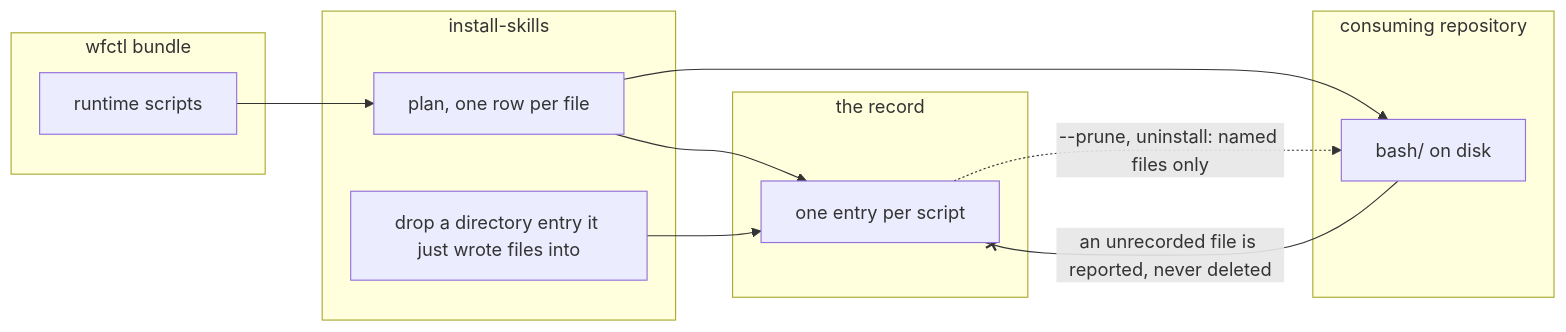
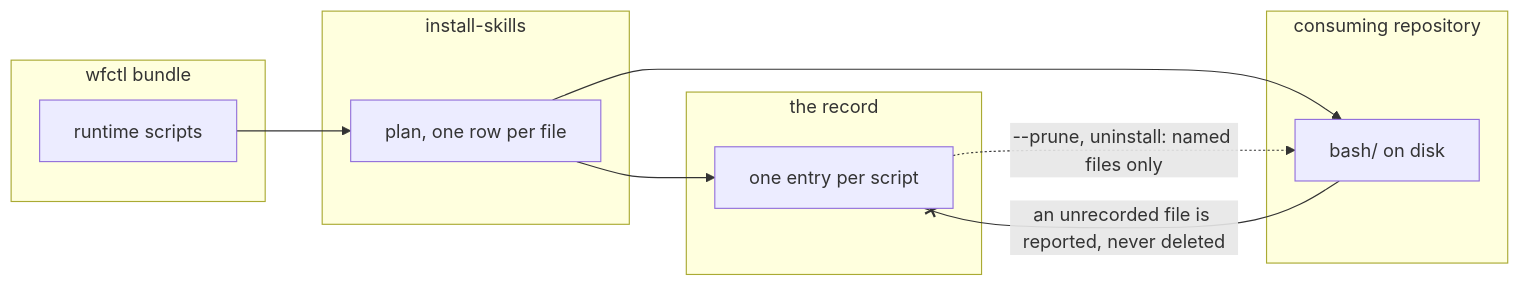
One commit to aamarin/wfctl changed the diagram in docs/architecture/deletion-follows-recorded-files.md. Above: the diagram before and after it, drawn with Mermaid. The commit also changed other lines of this file, not shown here.

````diff
--- a/docs/architecture/deletion-follows-recorded-files.md
+++ b/docs/architecture/deletion-follows-recorded-files.md
@@ -63,23 +63,21 @@
 ```mermaid
 flowchart LR
     subgraph bundle["wfctl bundle"]
         scripts["runtime scripts"]
     end
     subgraph install["install-skills"]
         plan["plan, one row per file"]
-        retire["drop a directory entry it just wrote files into"]
     end
     subgraph record["the record"]
         entries["one entry per script"]
     end
     subgraph disk["consuming repository"]
         bash["bash/ on disk"]
     end
 
     scripts --> plan
     plan --> entries
     plan --> bash
-    retire --> entries
     entries -.->|"--prune, uninstall: named files only"| bash
     bash --x|"an unrecorded file is reported, never deleted"| entries
 ```
````
